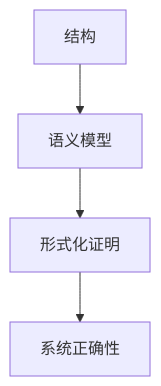
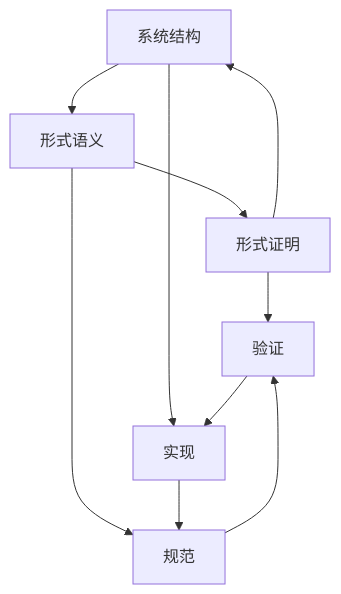
Before and after one commit to AdaMartin18010/SystemOSIOT: the diagram in 2.操作系统/2.6 形式语义/2.6.4 语义与结构-证明的关系.md, drawn with Mermaid. The commit also changed other lines of this file and 118 other files, not shown here.

````diff
--- a/2.操作系统/2.6 形式语义/2.6.4 语义与结构-证明的关系.md
+++ b/2.操作系统/2.6 形式语义/2.6.4 语义与结构-证明的关系.md
@@ -17,6 +77,14 @@
 ```mermaid
 graph TD;
-  Struct[结构] --> Sem[语义模型];
-  Sem --> Proof[形式化证明];
-  Proof --> Verify[系统正确性];
+    Structure[系统结构] --> Semantics[形式语义];
+    Semantics --> Proof[形式证明];
+    Proof --> Structure;
+    
+    Structure --> Implementation[实现];
+    Semantics --> Specification[规范];
+    Proof --> Verification[验证];
+    
+    Implementation --> Specification;
+    Specification --> Verification;
+    Verification --> Implementation;
 ```
````
